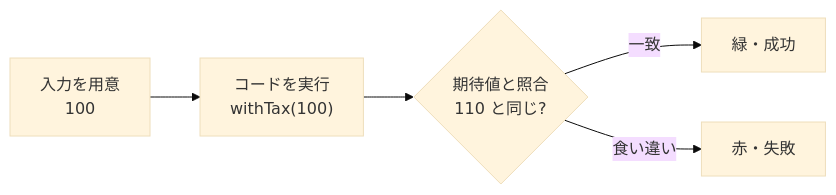
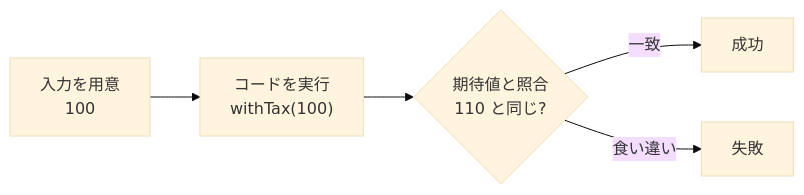
One commit to ozaki25/web-front-training-ozaki25 changed the diagram in docs/drafts/110/index.md. Above: the diagram before and after it, drawn with Mermaid (base theme). The commit also changed other lines of this file and 5 other files, not shown here.

````diff
--- a/docs/drafts/110/index.md
+++ b/docs/drafts/110/index.md
@@ -42,7 +42,7 @@
 ```mermaid
 flowchart LR
   A["入力を用意<br/>100"] --> B["コードを実行<br/>withTax(100)"]
   B --> C{"期待値と照合<br/>110 と同じ?"}
-  C -->|一致| D["緑・成功"]
-  C -->|食い違い| E["赤・失敗"]
+  C -->|一致| D["成功"]
+  C -->|食い違い| E["失敗"]
 ```
````
